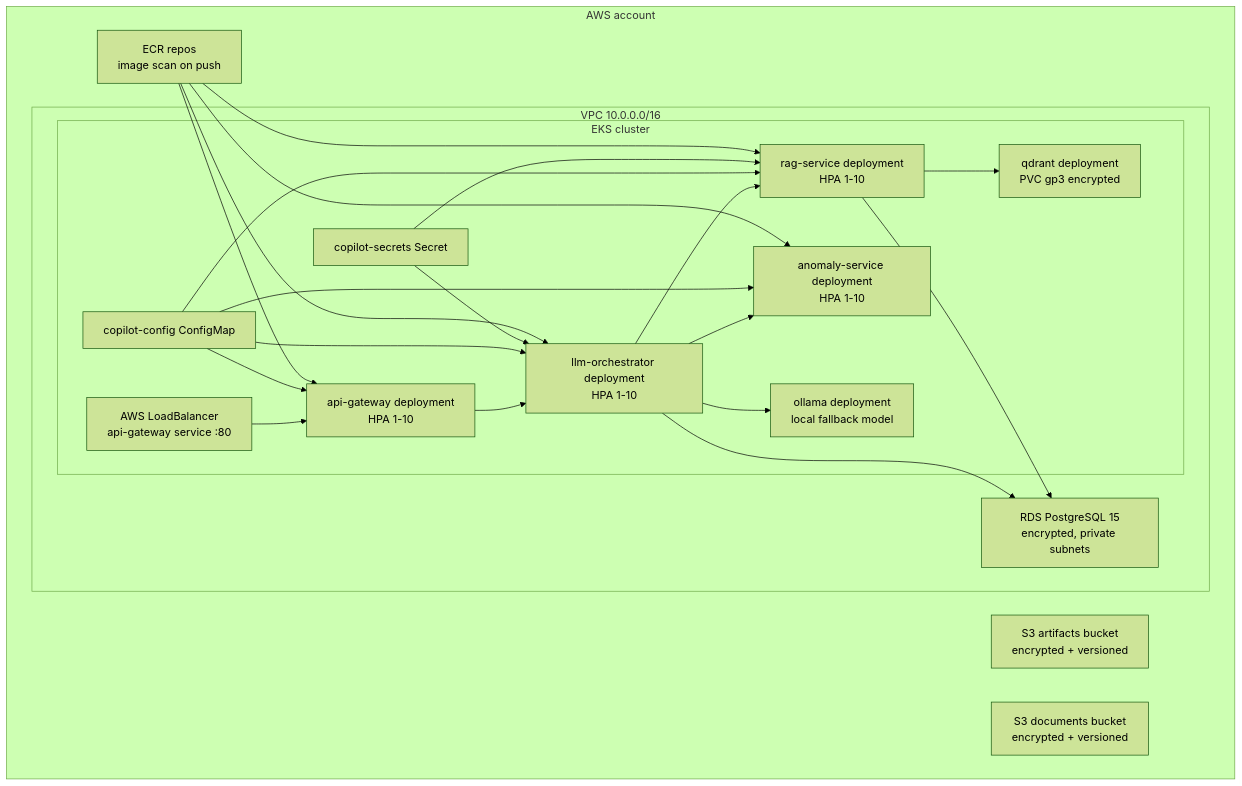
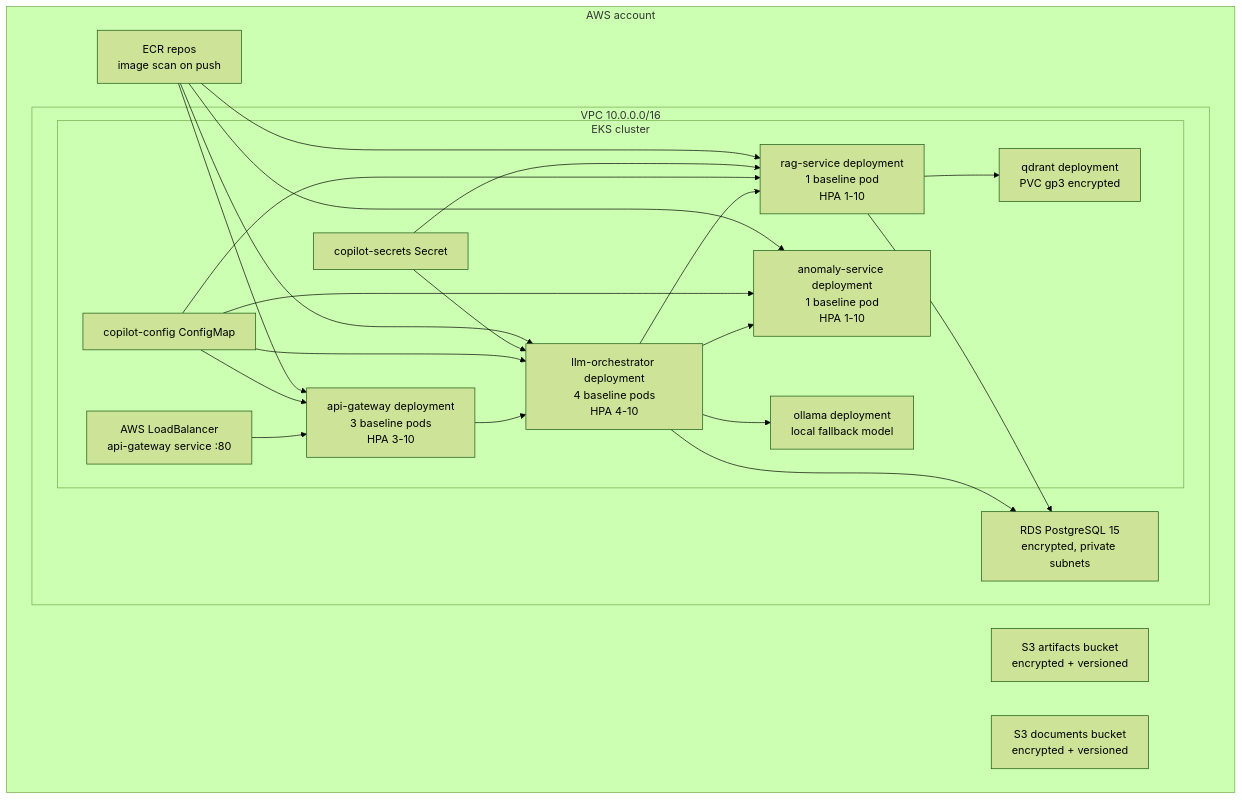
Before and after one commit to Adityagupta200/Industrial-Reliability-Copilot: the fourth of 4 diagrams in docs/architecture.md, drawn with Mermaid (forest theme). The commit also changed other lines of this file and 88 other files, not shown here.

````diff
--- a/docs/architecture.md
+++ b/docs/architecture.md
@@ -175,41 +175,41 @@
 ```mermaid
 flowchart TB
     subgraph aws["AWS account"]
         subgraph vpc["VPC 10.0.0.0/16"]
             subgraph eks["EKS cluster"]
                 lb["AWS LoadBalancer\napi-gateway service :80"]
-                gwPod["api-gateway deployment\nHPA 1-10"]
-                orchPod["llm-orchestrator deployment\nHPA 1-10"]
-                ragPod["rag-service deployment\nHPA 1-10"]
-                anomPod["anomaly-service deployment\nHPA 1-10"]
+                gwPod["api-gateway deployment\n3 baseline pods\nHPA 3-10"]
+                orchPod["llm-orchestrator deployment\n4 baseline pods\nHPA 4-10"]
+                ragPod["rag-service deployment\n1 baseline pod\nHPA 1-10"]
+                anomPod["anomaly-service deployment\n1 baseline pod\nHPA 1-10"]
                 qPod["qdrant deployment\nPVC gp3 encrypted"]
                 ollamaPod["ollama deployment\nlocal fallback model"]
                 cm["copilot-config ConfigMap"]
                 secret["copilot-secrets Secret"]
             end
             rds["RDS PostgreSQL 15\nencrypted, private subnets"]
         end
         s3a["S3 artifacts bucket\nencrypted + versioned"]
         s3d["S3 documents bucket\nencrypted + versioned"]
         ecr["ECR repos\nimage scan on push"]
     end
 
     lb --> gwPod
     gwPod --> orchPod
     orchPod --> ragPod
     orchPod --> anomPod
     orchPod --> rds
     ragPod --> qPod
     ragPod --> rds
     orchPod --> ollamaPod
     cm --> gwPod
     cm --> orchPod
     cm --> ragPod
     cm --> anomPod
     secret --> orchPod
     secret --> ragPod
     ecr --> gwPod
     ecr --> orchPod
     ecr --> ragPod
     ecr --> anomPod
 ```
````
